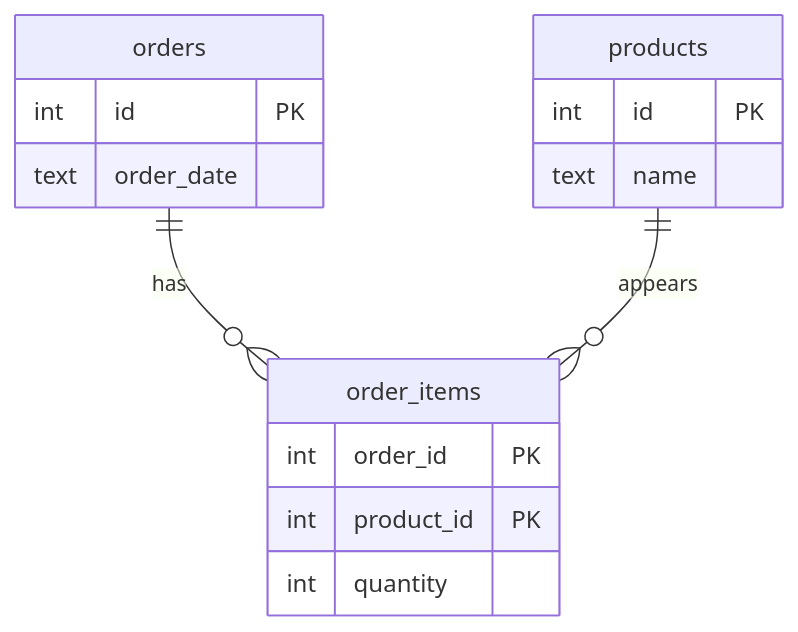
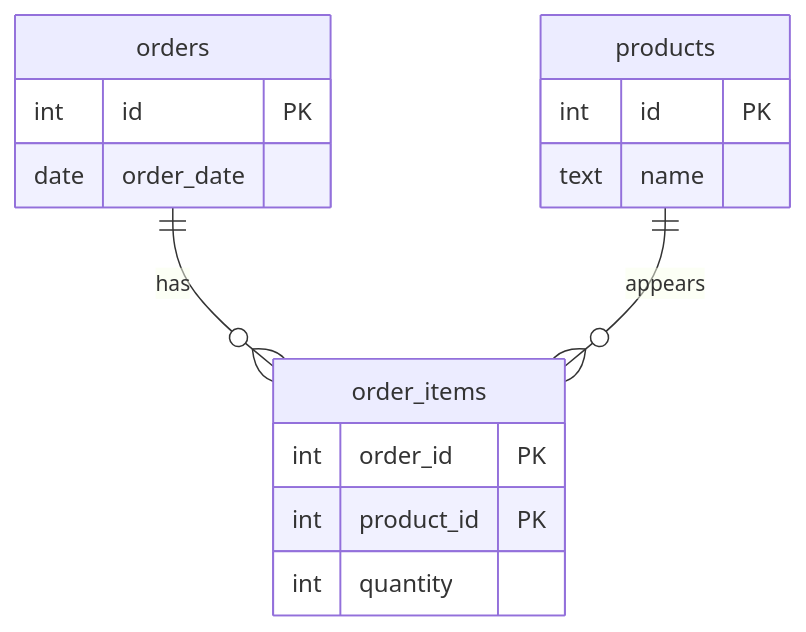
Before and after one commit to dataslope/dataslope: the first of 7 diagrams in content/learn/database-design-postgresql/second-normal-form.mdx, drawn with Mermaid. The commit also changed other lines of this file and 2 other files, not shown here.

Commit message:
Fix example mismatches in pandas and PostgreSQL-design courses
- pandas/messy-data-overview: the "spot the problems" list called out
  an impossible date, but the data only contains 2024-02-29 (a real
  leap day). Reword the bullet to describe the actual value.
- db-design/many-to-many: the resolved-design ER diagram marked the
  enrollments keys as FK only, while the same page's SQL declares them
  the composite PRIMARY KEY. Mark them PK, FK (matching the rest of the
  course).
- db-design/second-normal-form: both ER diagrams typed orders.order_date
  as text, but the SQL declares it DATE. Change the diagrams to date.

````diff
--- a/content/learn/database-design-postgresql/second-normal-form.mdx
+++ b/content/learn/database-design-postgresql/second-normal-form.mdx
@@ -20,18 +20,18 @@
 ```mermaid
 erDiagram
     orders ||--o{ order_items : has
     products ||--o{ order_items : appears
     orders {
         int id PK
-        text order_date
+        date order_date
     }
     products {
         int id PK
         text name
     }
     order_items {
         int order_id PK
         int product_id PK
         int quantity
     }
 ```
````
